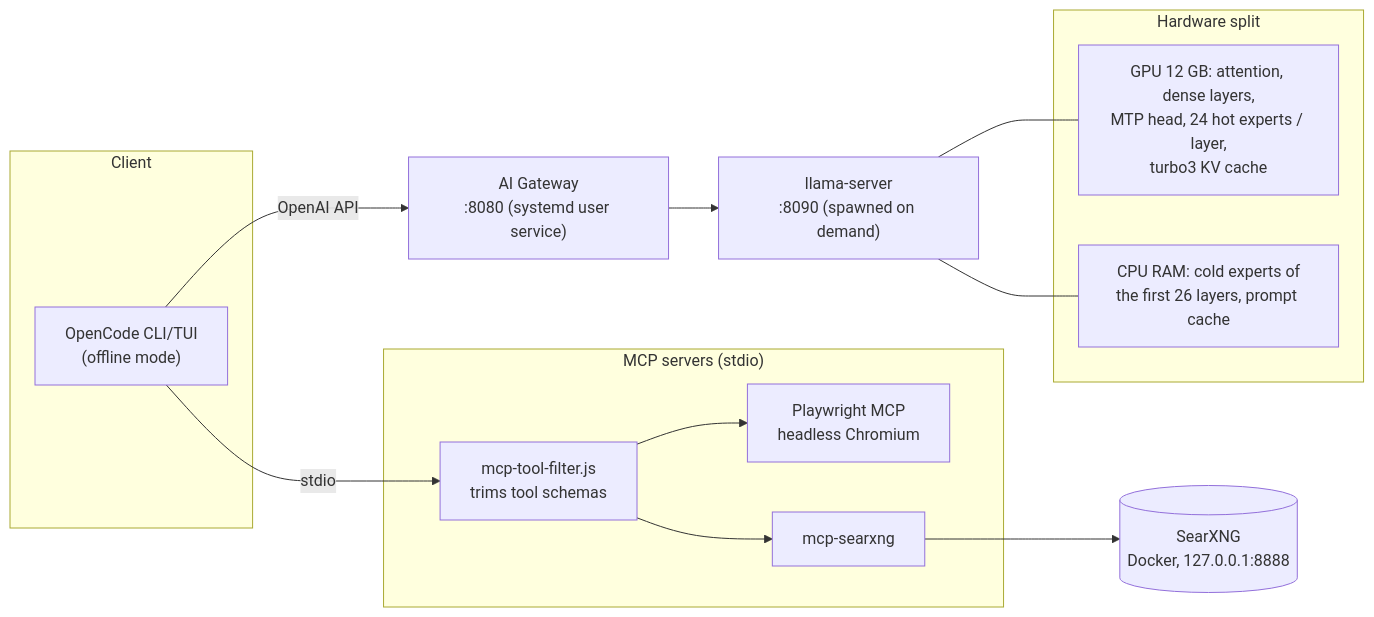
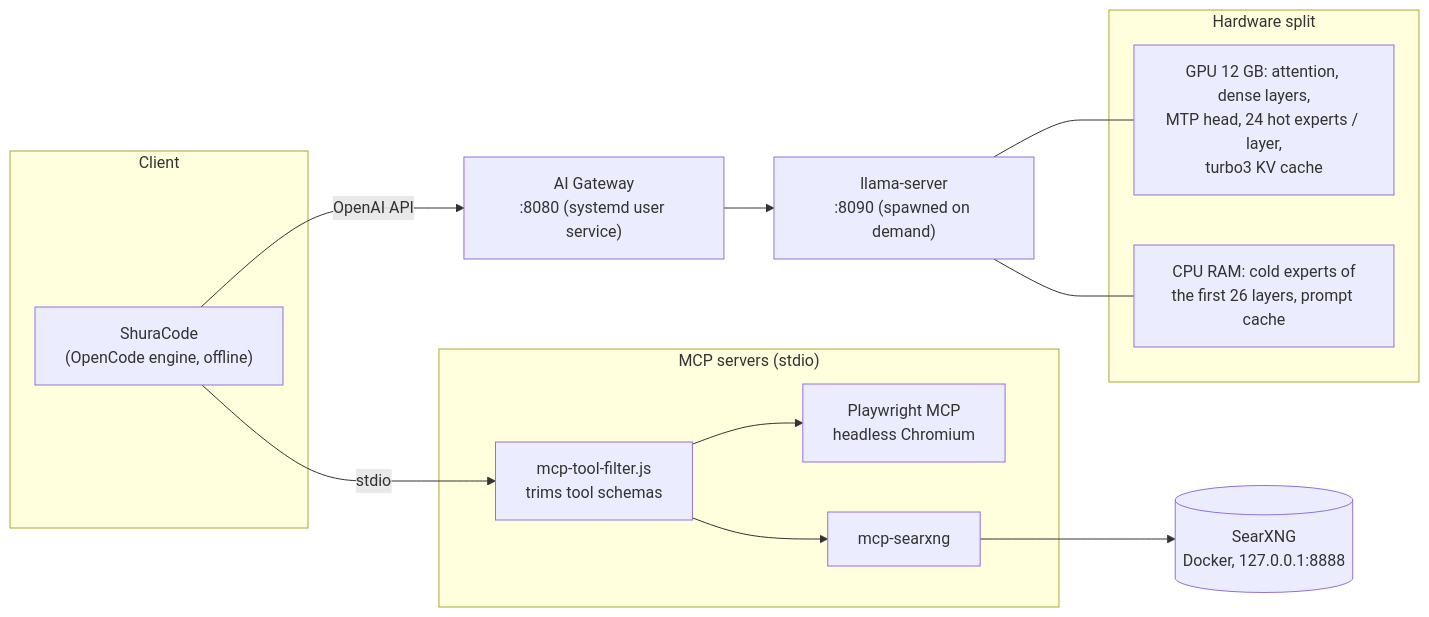
Before and after one commit to hikkian/shura: the first of 2 diagrams in docs/ARCHITECTURE.md, drawn with Mermaid. The commit also changed other lines of this file and 18 other files, not shown here.

First line of the commit message:
Use ShuraCode as the coding agent

````diff
--- a/docs/ARCHITECTURE.md
+++ b/docs/ARCHITECTURE.md
@@ -5,23 +5,23 @@
 ```mermaid
 flowchart LR
     subgraph Client
-        OC["OpenCode CLI/TUI<br/>(offline mode)"]
+        OC["ShuraCode<br/>(OpenCode engine, offline)"]
     end
     subgraph Tools["MCP servers (stdio)"]
         F["mcp-tool-filter.js<br/>trims tool schemas"]
         PW["Playwright MCP<br/>headless Chromium"]
         SX["mcp-searxng"]
     end
     SXN[("SearXNG<br/>Docker, 127.0.0.1:8888")]
     GW["AI Gateway<br/>:8080 (systemd user service)"]
     LS["llama-server<br/>:8090 (spawned on demand)"]
     subgraph HW["Hardware split"]
         GPU["GPU 12 GB: attention, dense layers,<br/>MTP head, 24 hot experts / layer,<br/>turbo3 KV cache"]
         CPU["CPU RAM: cold experts of<br/>the first 26 layers, prompt cache"]
     end
     OC -- "OpenAI API" --> GW --> LS
     LS --- GPU
     LS --- CPU
     OC -- stdio --> F --> PW
     F --> SX --> SXN
 ```
````
